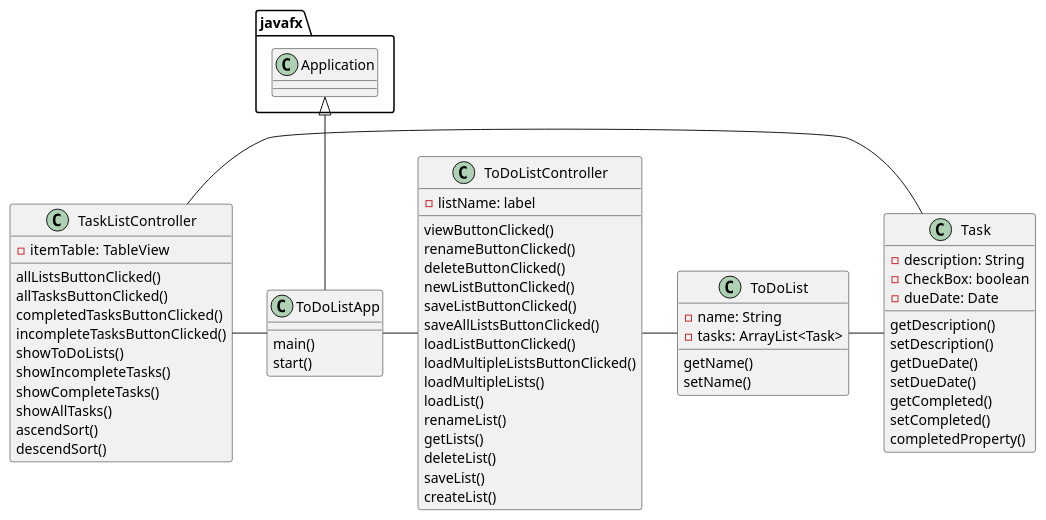
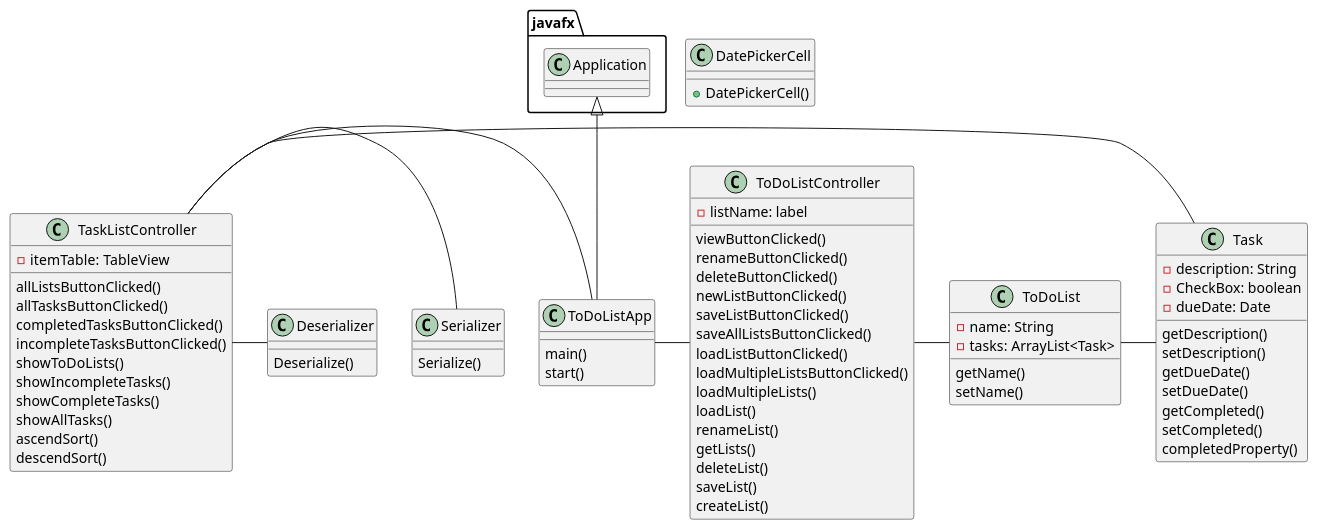
The diagram in uml/ClassDiagram.puml (AbdelNabut/nabut-cop3330-assignment4part2), drawn with PlantUML before and after one commit. The commit also changed 7 other files, not shown here.

```diff
--- a/uml/ClassDiagram.puml
+++ b/uml/ClassDiagram.puml
@@ -1,77 +1,91 @@
 @startuml
 
 class ToDoListApp {
     main()
     start()
 }
 
 class ToDoList {
     -name: String
     -tasks: ArrayList<Task>
     getName()
     setName()
 }
 
 class Task {
     -description: String
     -CheckBox: boolean
     -dueDate: Date
     getDescription()
     setDescription()
     getDueDate()
     setDueDate()
     getCompleted()
     setCompleted()
     completedProperty()
 }
 
 class ToDoListController {
     -listName: label
 
     viewButtonClicked()
     renameButtonClicked()
     deleteButtonClicked()
     newListButtonClicked()
     saveListButtonClicked()
     saveAllListsButtonClicked()
     loadListButtonClicked()
     loadMultipleListsButtonClicked()
     loadMultipleLists()
     loadList()
     renameList()
     getLists()
     deleteList()
     saveList()
     createList()
 }
 
 class TaskListController{
     -itemTable: TableView
     allListsButtonClicked()
     allTasksButtonClicked()
     completedTasksButtonClicked()
     incompleteTasksButtonClicked()
     showToDoLists()
     showIncompleteTasks()
     showCompleteTasks()
     showAllTasks()
     ascendSort()
     descendSort()
 
+}
+
+class Serializer {
+    Serialize()
+}
+
+class Deserializer {
+    Deserialize()
+}
+
+class DatePickerCell {
++ DatePickerCell()
 
 }
 
 javafx.Application <|-- ToDoListApp
 
 ToDoListApp - ToDoListController
 
 ToDoListController-ToDoList
 
 ToDoList-Task
 
 
-TaskListController -ToDoListApp
-TaskListController-Task
+TaskListController - ToDoListApp
+TaskListController - Task
+TaskListController - Serializer
+TaskListController - Deserializer
 
 
 @enduml
```
